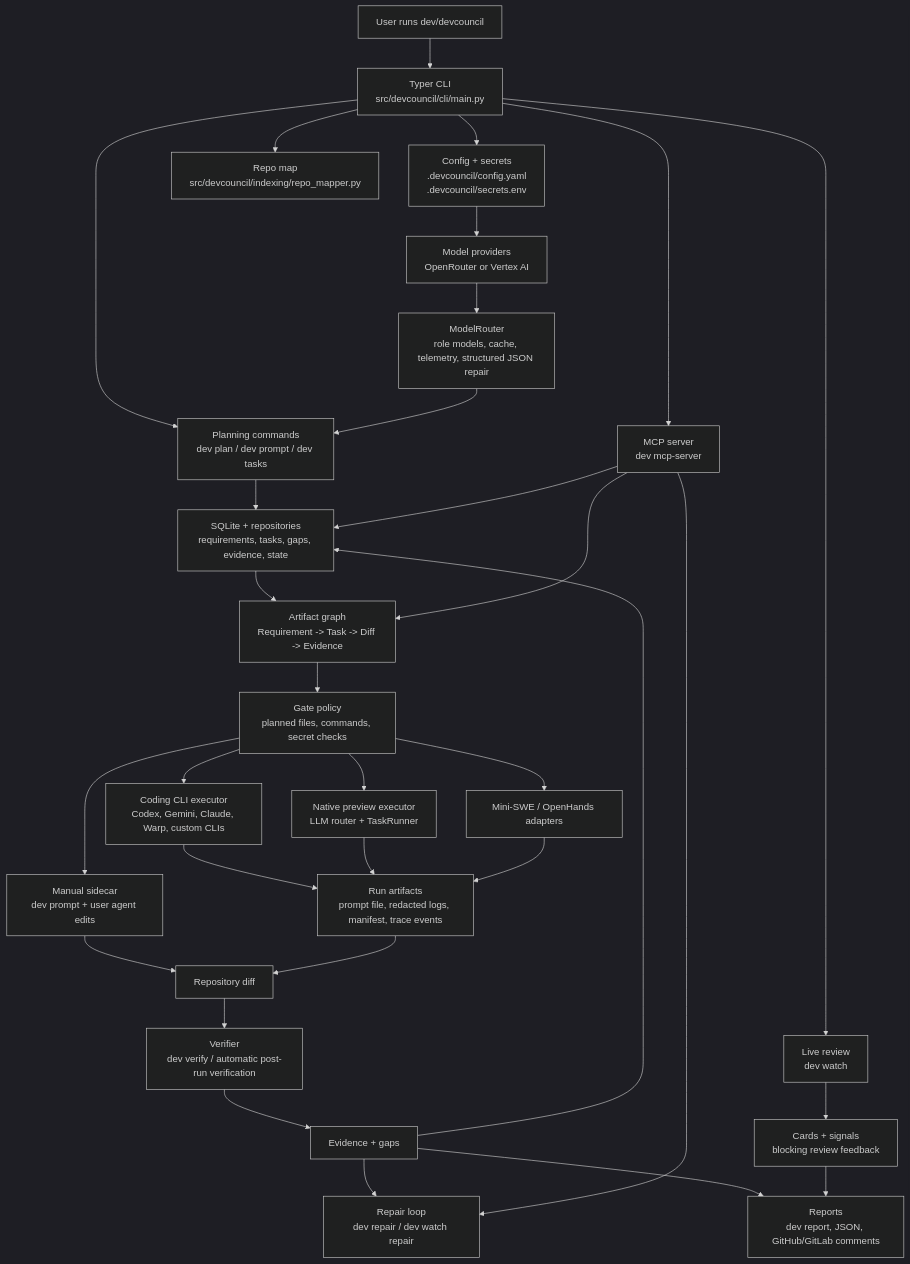
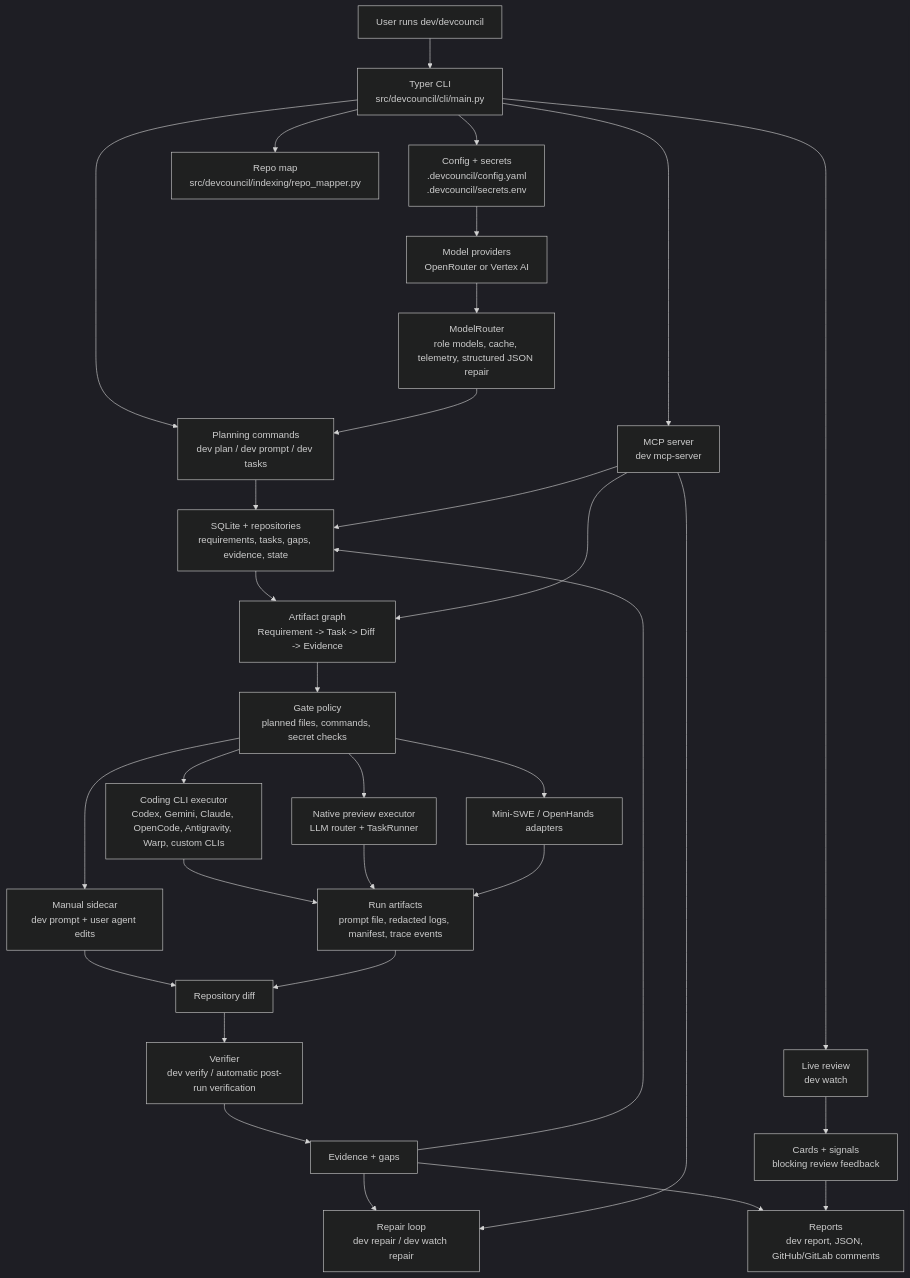
The diagram in README.md (bharathvbcr/DevCouncil), drawn with Mermaid (dark theme) before and after one commit. The commit also changed other lines of this file and 25 other files, not shown here.

First line of the commit message:
Deepen coding CLI integration across Cursor, Aider, OpenCode, and hooks.

````diff
--- a/README.md
+++ b/README.md
@@ -217,41 +230,41 @@
 ```mermaid
 flowchart TD
     user["User runs dev/devcouncil"] --> cli["Typer CLI\nsrc/devcouncil/cli/main.py"]
     cli --> config["Config + secrets\n.devcouncil/config.yaml\n.devcouncil/secrets.env"]
     cli --> map["Repo map\nsrc/devcouncil/indexing/repo_mapper.py"]
     cli --> planning["Planning commands\ndev plan / dev prompt / dev tasks"]
 
     config --> providers["Model providers\nOpenRouter or Vertex AI"]
     providers --> router["ModelRouter\nrole models, cache, telemetry, structured JSON repair"]
     router --> planning
 
     planning --> storage["SQLite + repositories\nrequirements, tasks, gaps, evidence, state"]
     storage --> artifactGraph["Artifact graph\nRequirement -> Task -> Diff -> Evidence"]
     artifactGraph --> gates["Gate policy\nplanned files, commands, secret checks"]
 
     gates --> manual["Manual sidecar\ndev prompt + user agent edits"]
-    gates --> coding["Coding CLI executor\nCodex, Gemini, Claude, Warp, custom CLIs"]
+    gates --> coding["Coding CLI executor\nCodex, Gemini, Claude, OpenCode, Antigravity, Warp, custom CLIs"]
     gates --> native["Native preview executor\nLLM router + TaskRunner"]
     gates --> external["Mini-SWE / OpenHands adapters"]
 
     coding --> runlog["Run artifacts\nprompt file, redacted logs, manifest, trace events"]
     native --> runlog
     external --> runlog
     manual --> diff["Repository diff"]
     runlog --> diff
 
     diff --> verify["Verifier\ndev verify / automatic post-run verification"]
     verify --> evidence["Evidence + gaps"]
     evidence --> storage
     evidence --> repair["Repair loop\ndev repair / dev watch repair"]
     evidence --> report["Reports\ndev report, JSON, GitHub/GitLab comments"]
 
     cli --> mcp["MCP server\ndev mcp-server"]
     mcp --> storage
     mcp --> artifactGraph
     mcp --> repair
 
     cli --> live["Live review\ndev watch"]
     live --> cards["Cards + signals\nblocking review feedback"]
     cards --> report
 ```
````
